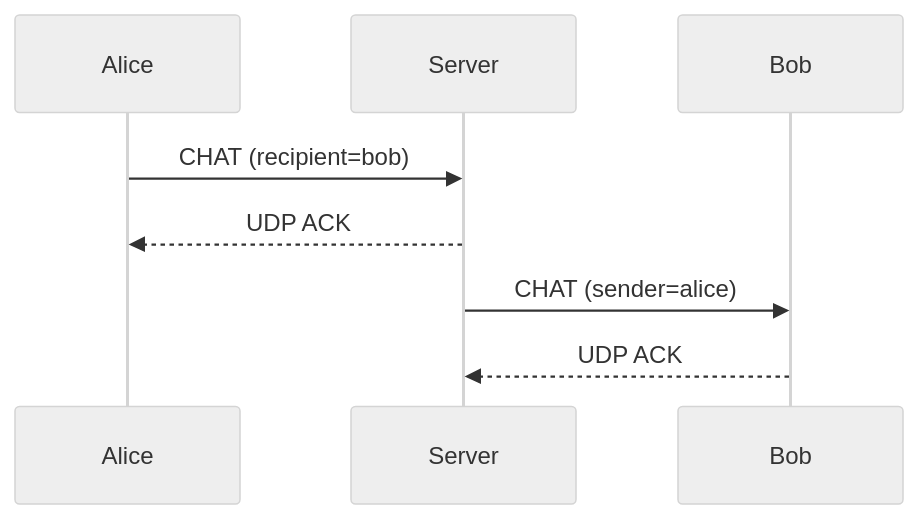
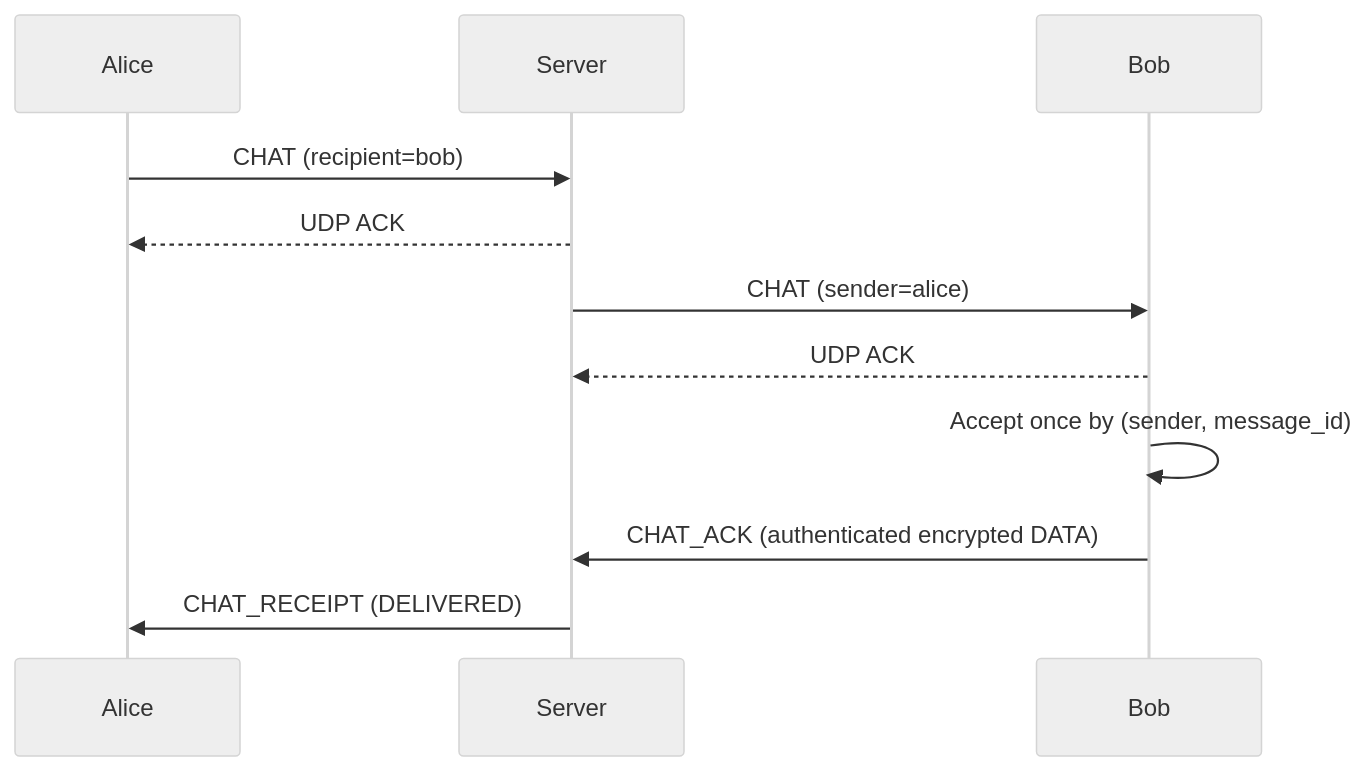
One commit to Qtryn/Computer_Network_ASS1 changed the third of 3 diagrams in docs/protocol.md. Above: the diagram before and after it, drawn with Mermaid (neutral theme). The commit also changed other lines of this file and 41 other files, not shown here.

````diff
--- a/docs/protocol.md
+++ b/docs/protocol.md
@@ -163,10 +178,13 @@
 ```mermaid
 sequenceDiagram
     participant A as Alice
     participant S as Server
     participant B as Bob
     A->>S: CHAT (recipient=bob)
     S-->>A: UDP ACK
     S->>B: CHAT (sender=alice)
     B-->>S: UDP ACK
+    B->>B: Accept once by (sender, message_id)
+    B->>S: CHAT_ACK (authenticated encrypted DATA)
+    S->>A: CHAT_RECEIPT (DELIVERED)
 ```
````
